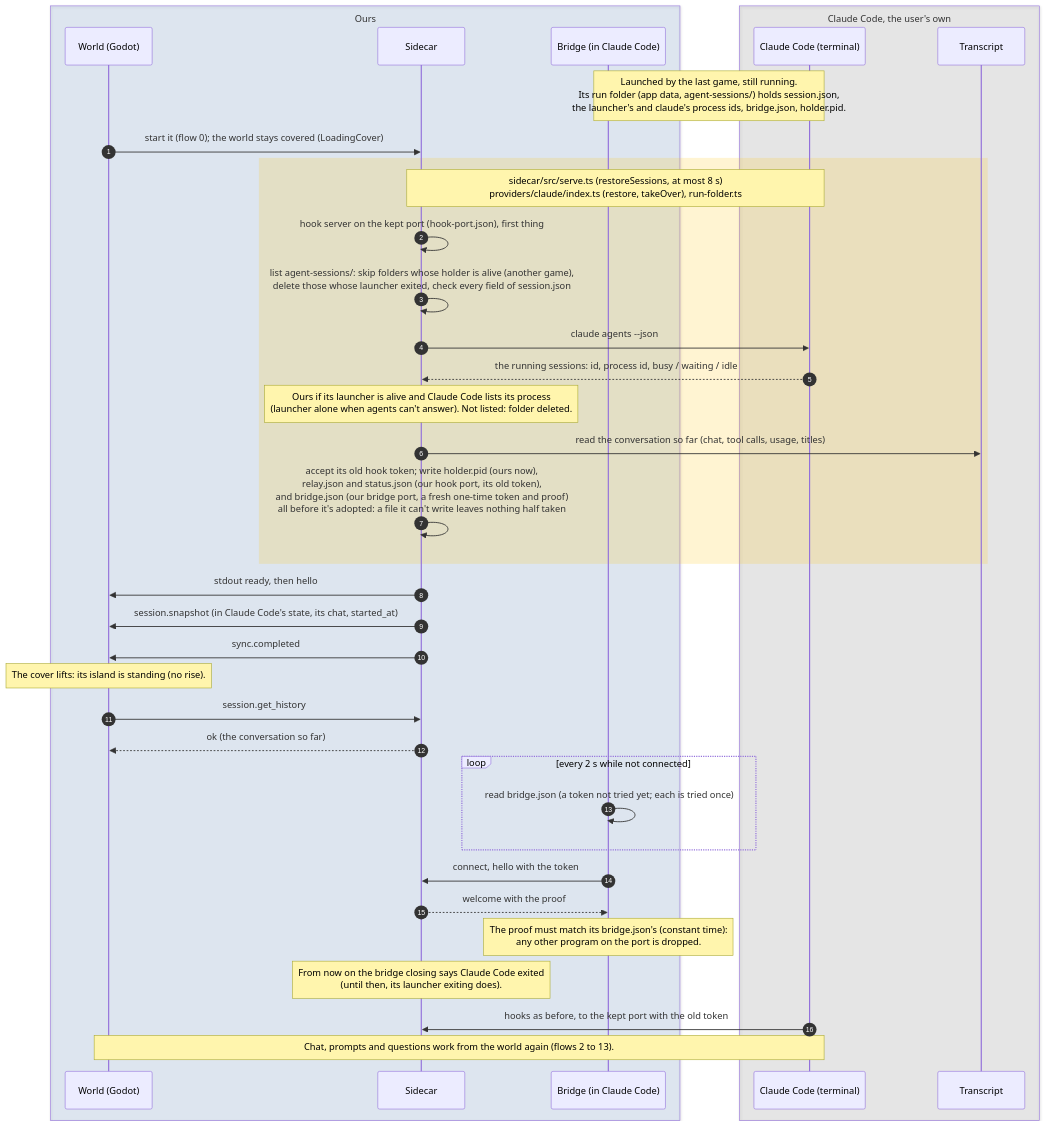
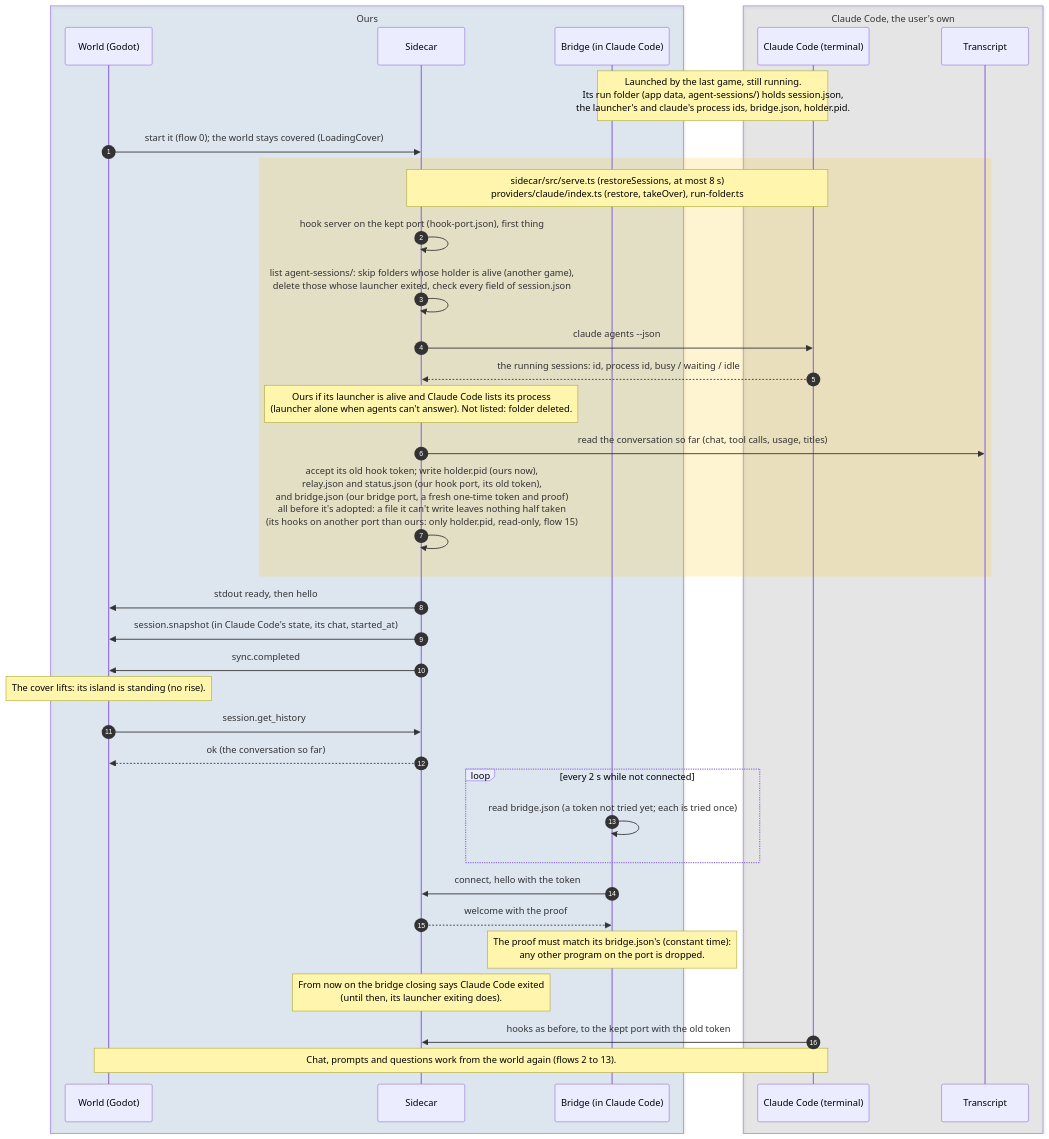
Before and after one commit to PaoloPortugal/The-Beach: the diagram in docs/diagrams/sequence/14-reattach-after-restart.md, drawn with Mermaid. The commit also changed other lines of this file and 7 other files, not shown here.

Commit message:
Docs: S07 read-only mode (NOTES S07, protocol read_only, C02 hint, guide, flows 14-15, dev log, live steps; watch item for a clean attach)

````diff
--- a/docs/diagrams/sequence/14-reattach-after-restart.md
+++ b/docs/diagrams/sequence/14-reattach-after-restart.md
@@ -7,43 +7,43 @@
 ```mermaid
 sequenceDiagram
     autonumber
 
     box rgba(47,111,191,0.12) Ours
         participant World as World (Godot)
         participant Sidecar
         participant Bridge as Bridge (in Claude Code)
     end
 
     box rgba(128,128,128,0.14) Claude Code, the user's own
         participant Claude as Claude Code (terminal)
         participant Log as Transcript
     end
 
     Note over Claude,Bridge: Launched by the last game, still running.<br/>Its run folder (app data, agent-sessions/) holds session.json,<br/>the launcher's and claude's process ids, bridge.json, holder.pid.
     World->>Sidecar: start it (flow 0)#59; the world stays covered (LoadingCover)
     rect rgba(255,193,7,0.18)
         Note over Sidecar,Claude: sidecar/src/serve.ts (restoreSessions, at most 8 s)<br/>providers/claude/index.ts (restore, takeOver), run-folder.ts
         Sidecar->>Sidecar: hook server on the kept port (hook-port.json), first thing
         Sidecar->>Sidecar: list agent-sessions/: skip folders whose holder is alive (another game),<br/>delete those whose launcher exited, check every field of session.json
         Sidecar->>Claude: claude agents --json
         Claude-->>Sidecar: the running sessions: id, process id, busy / waiting / idle
         Note over Sidecar: Ours if its launcher is alive and Claude Code lists its process<br/>(launcher alone when agents can't answer). Not listed: folder deleted.
         Sidecar->>Log: read the conversation so far (chat, tool calls, usage, titles)
-        Sidecar->>Sidecar: accept its old hook token#59; write holder.pid (ours now),<br/>relay.json and status.json (our hook port, its old token),<br/>and bridge.json (our bridge port, a fresh one-time token and proof)<br/>all before it's adopted: a file it can't write leaves nothing half taken
+        Sidecar->>Sidecar: accept its old hook token#59; write holder.pid (ours now),<br/>relay.json and status.json (our hook port, its old token),<br/>and bridge.json (our bridge port, a fresh one-time token and proof)<br/>all before it's adopted: a file it can't write leaves nothing half taken<br/>(its hooks on another port than ours: only holder.pid, read-only, flow 15)
     end
     Sidecar->>World: stdout ready, then hello
     Sidecar->>World: session.snapshot (in Claude Code's state, its chat, started_at)
     Sidecar->>World: sync.completed
     Note over World: The cover lifts: its island is standing (no rise).
     World->>Sidecar: session.get_history
     Sidecar-->>World: ok (the conversation so far)
     loop every 2 s while not connected
         Bridge->>Bridge: read bridge.json (a token not tried yet#59; each is tried once)
     end
     Bridge->>Sidecar: connect, hello with the token
     Sidecar-->>Bridge: welcome with the proof
     Note over Bridge: The proof must match its bridge.json's (constant time):<br/>any other program on the port is dropped.
     Note over Sidecar: From now on the bridge closing says Claude Code exited<br/>(until then, its launcher exiting does).
     Claude->>Sidecar: hooks as before, to the kept port with the old token
     Note over World,Claude: Chat, prompts and questions work from the world again (flows 2 to 13).
 ```
````
